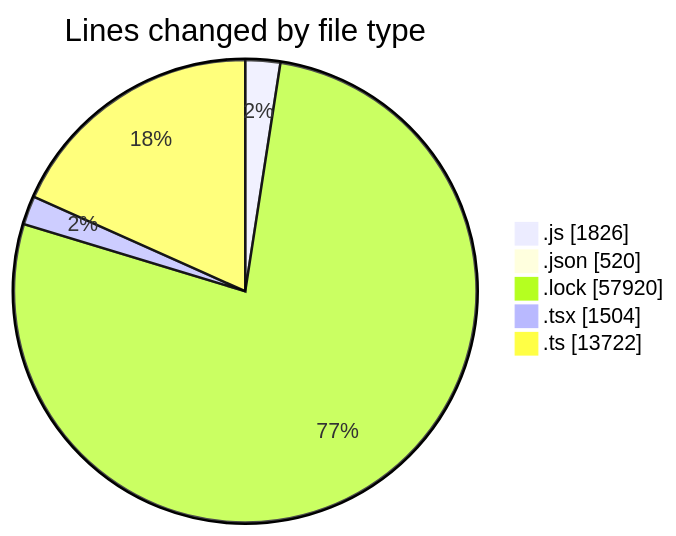
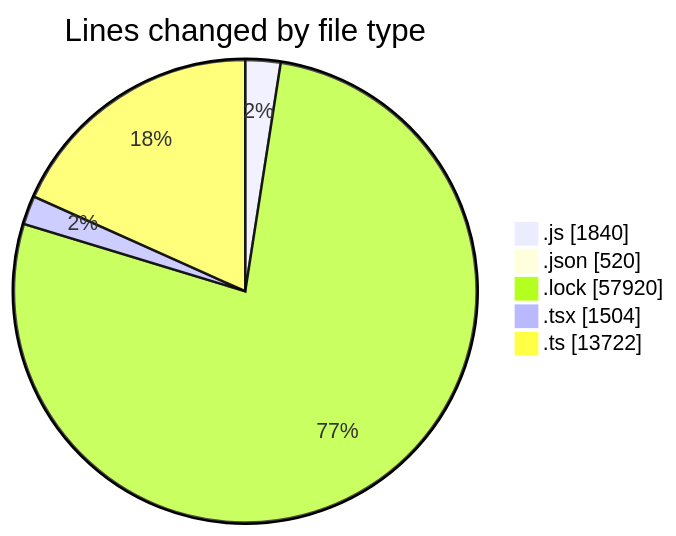
Before and after one commit to momahboobian/code-tracking: the first of 2 diagrams in 2025-12-18/cda/README.md, drawn with Mermaid. The commit also changed other lines of this file and 1 other file, not shown here.

````diff
--- a/2025-12-18/cda/README.md
+++ b/2025-12-18/cda/README.md
@@ -60,9 +60,9 @@
 ```mermaid
 pie showData
 title Lines changed by file type
-".js" : 1826
+".js" : 1840
 ".json" : 520
 ".lock" : 57920
 ".tsx" : 1504
 ".ts" : 13722
 ```
````
